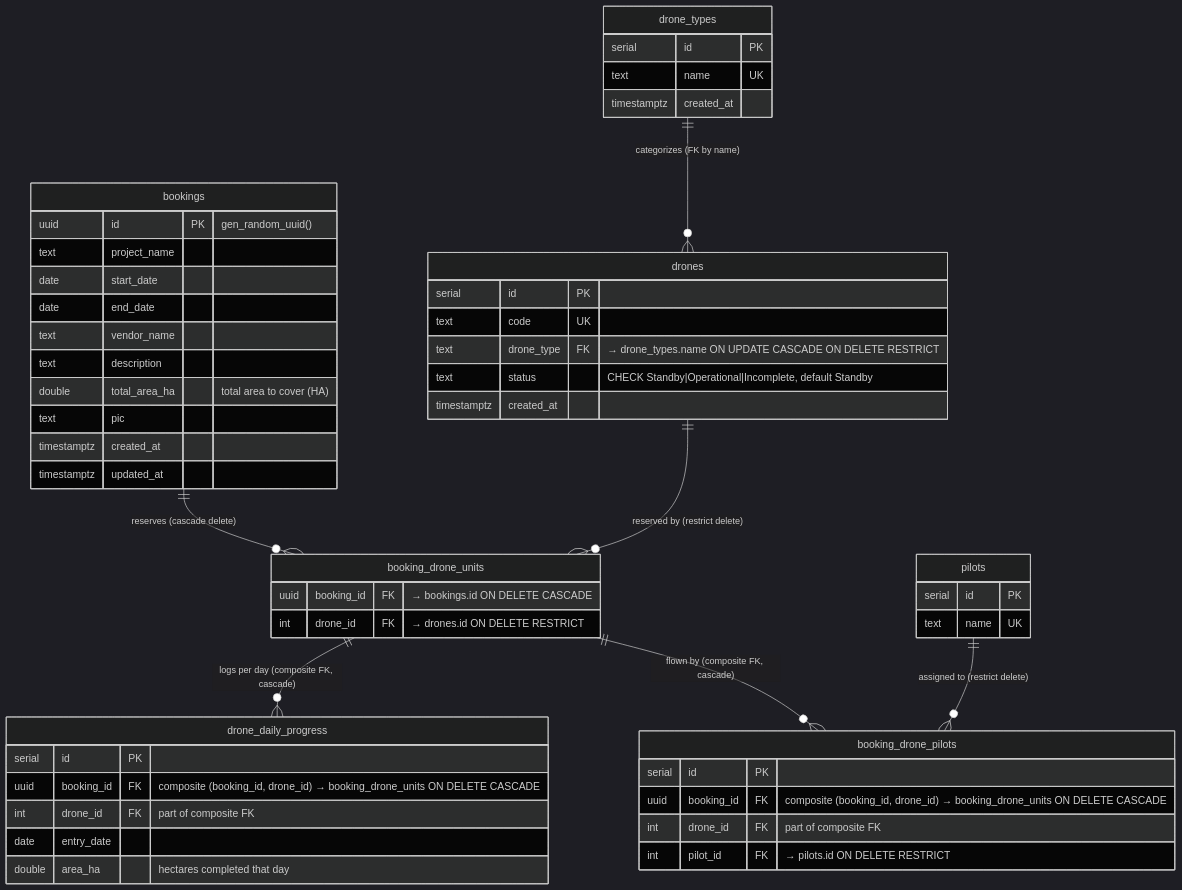
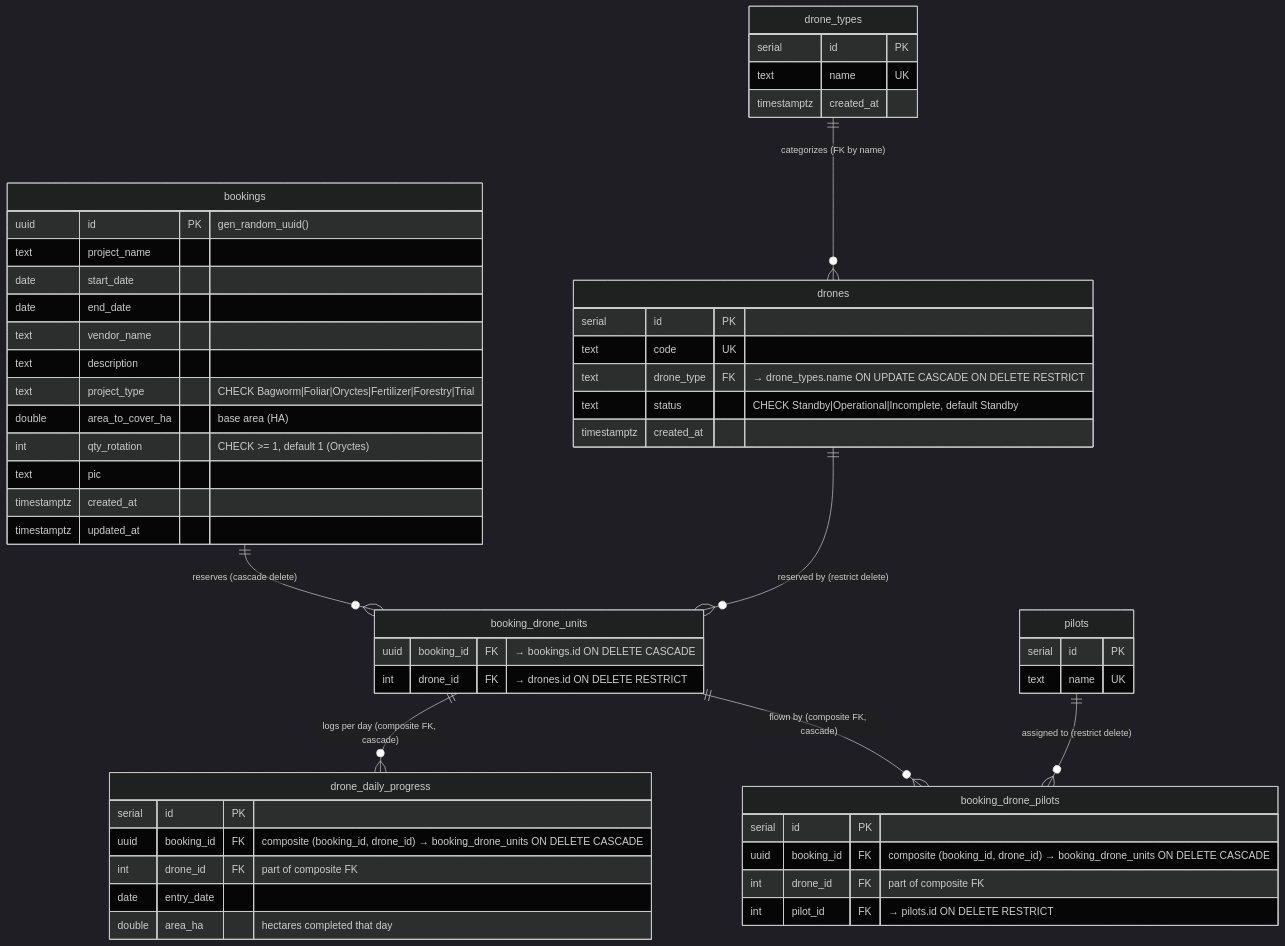
One commit to najibuhuy/book-my-drone changed the second of 3 diagrams in docs/ARCHITECTURE.md. Above: the diagram before and after it, drawn with Mermaid (dark theme). The commit also changed other lines of this file and 11 other files, not shown here.

First line of the commit message:
Add project type, Oryctes rotation, day availability, and project summary

````diff
--- a/docs/ARCHITECTURE.md
+++ b/docs/ARCHITECTURE.md
@@ -73,55 +73,57 @@
 ```mermaid
 erDiagram
   bookings ||--o{ booking_drone_units : "reserves (cascade delete)"
   drones   ||--o{ booking_drone_units : "reserved by (restrict delete)"
   drone_types ||--o{ drones : "categorizes (FK by name)"
   booking_drone_units ||--o{ drone_daily_progress : "logs per day (composite FK, cascade)"
   booking_drone_units ||--o{ booking_drone_pilots : "flown by (composite FK, cascade)"
   pilots ||--o{ booking_drone_pilots : "assigned to (restrict delete)"
 
   drone_types {
     serial      id PK
     text        name UK
     timestamptz created_at
   }
   drones {
     serial      id PK
     text        code UK
     text        drone_type FK "→ drone_types.name ON UPDATE CASCADE ON DELETE RESTRICT"
     text        status "CHECK Standby|Operational|Incomplete, default Standby"
     timestamptz created_at
   }
   bookings {
     uuid        id PK "gen_random_uuid()"
     text        project_name
     date        start_date
     date        end_date
     text        vendor_name
     text        description
-    double      total_area_ha "total area to cover (HA)"
+    text        project_type "CHECK Bagworm|Foliar|Oryctes|Fertilizer|Forestry|Trial"
+    double      area_to_cover_ha "base area (HA)"
+    int         qty_rotation "CHECK >= 1, default 1 (Oryctes)"
     text        pic
     timestamptz created_at
     timestamptz updated_at
   }
   booking_drone_units {
     uuid    booking_id FK "→ bookings.id ON DELETE CASCADE"
     int     drone_id   FK "→ drones.id ON DELETE RESTRICT"
   }
   drone_daily_progress {
     serial  id PK
     uuid    booking_id FK "composite (booking_id, drone_id) → booking_drone_units ON DELETE CASCADE"
     int     drone_id   FK "part of composite FK"
     date    entry_date
     double  area_ha "hectares completed that day"
   }
   pilots {
     serial  id PK
     text    name UK
   }
   booking_drone_pilots {
     serial  id PK
     uuid    booking_id FK "composite (booking_id, drone_id) → booking_drone_units ON DELETE CASCADE"
     int     drone_id   FK "part of composite FK"
     int     pilot_id   FK "→ pilots.id ON DELETE RESTRICT"
   }
 ```
````
